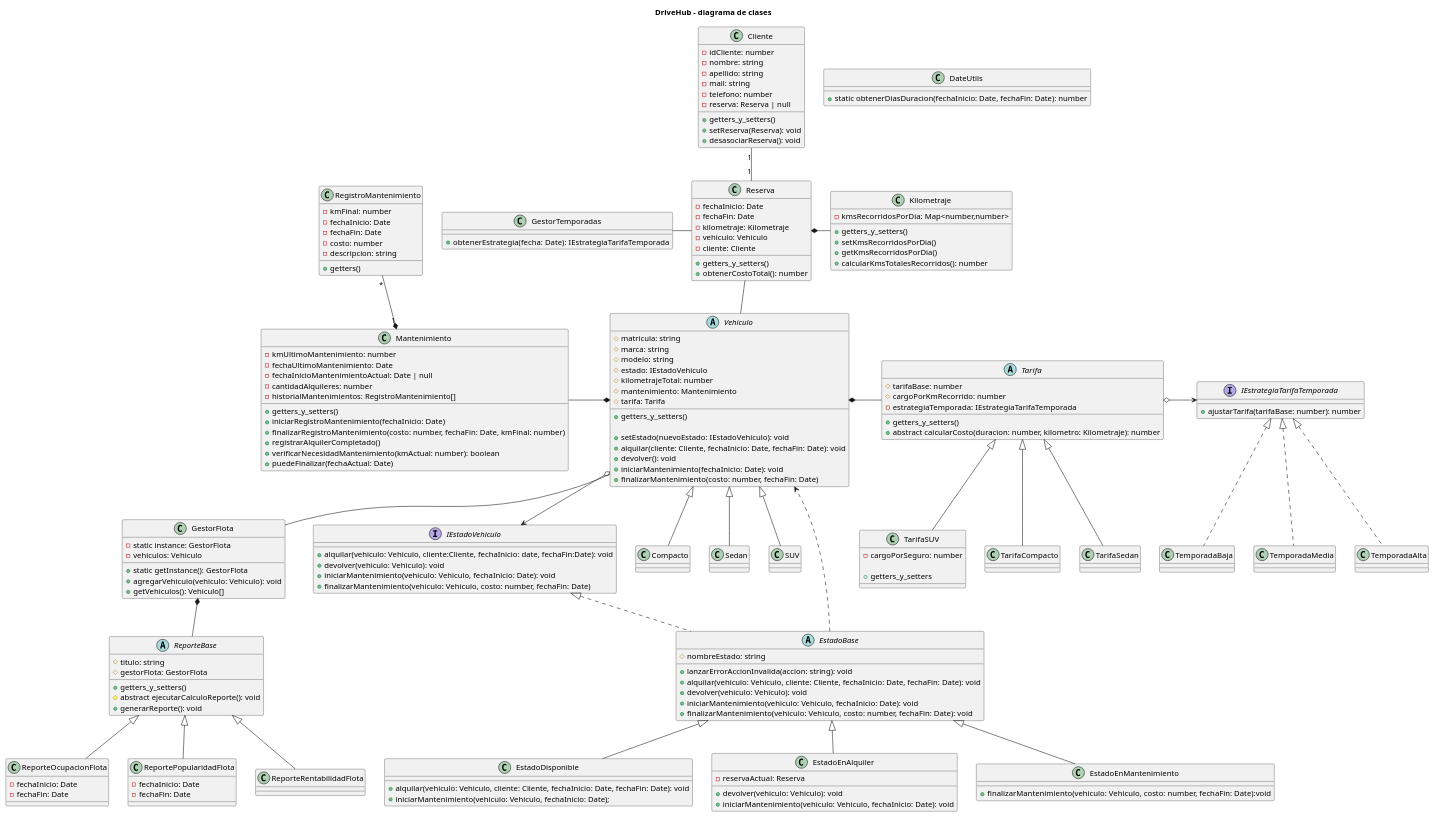
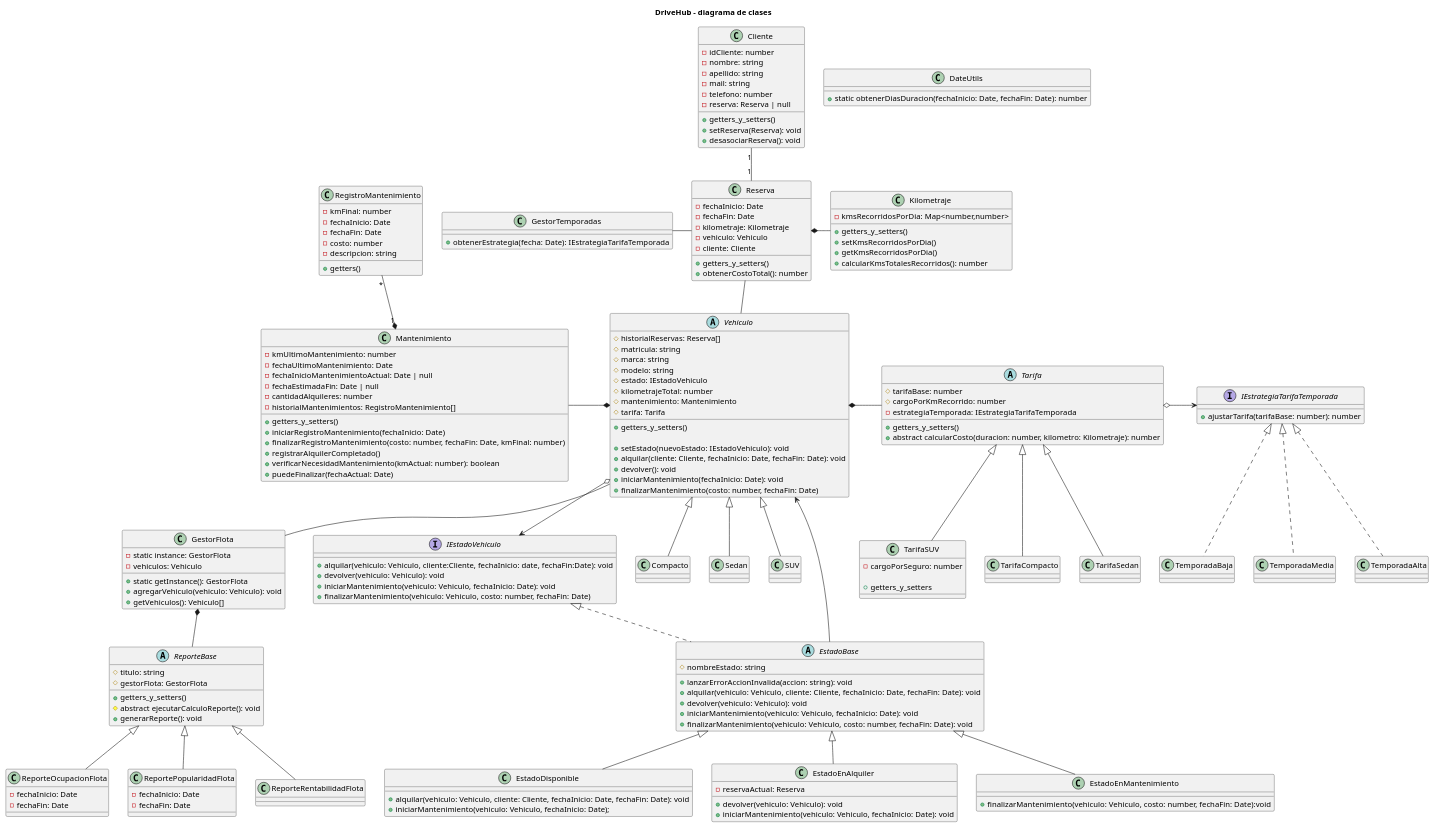
Before and after one commit to begueagustinhernan/tp-prog2-pruebas: the diagram in diagramas/clases/clases.puml, drawn with PlantUML.

Commit message:
fix diagrama clases

```diff
--- a/diagramas/clases/clases.puml
+++ b/diagramas/clases/clases.puml
@@ -1,195 +1,197 @@
 @startuml DriveHub
 
 title DriveHub - diagrama de clases
 
 abstract class Vehiculo {
+    # historialReservas: Reserva[]
     # matricula: string
     # marca: string
     # modelo: string
     # estado: IEstadoVehiculo
     # kilometrajeTotal: number
     # mantenimiento: Mantenimiento
     # tarifa: Tarifa
 
     + getters_y_setters()
 
     + setEstado(nuevoEstado: IEstadoVehiculo): void
     + alquilar(cliente: Cliente, fechaInicio: Date, fechaFin: Date): void
     + devolver(): void
     + iniciarMantenimiento(fechaInicio: Date): void
     + finalizarMantenimiento(costo: number, fechaFin: Date)
 }
 
 abstract class Tarifa{
     # tarifaBase: number
     # cargoPorKmRecorrido: number
     - estrategiaTemporada: IEstrategiaTarifaTemporada
     + getters_y_setters()
     + abstract calcularCosto(duracion: number, kilometro: Kilometraje): number
 }
 
 class TarifaSUV extends Tarifa {
     - cargoPorSeguro: number
 
     + getters_y_setters
 }
 
 interface IEstrategiaTarifaTemporada {
     + ajustarTarifa(tarifaBase: number): number
 }
 
 class Cliente {
     - idCliente: number
     - nombre: string
     - apellido: string
     - mail: string
     - telefono: number
     - reserva: Reserva | null
     + getters_y_setters()
     + setReserva(Reserva): void
     + desasociarReserva(): void
 }
 
 class Kilometraje{
     -kmsRecorridosPorDia: Map<number,number>
 
     + getters_y_setters()
     + setKmsRecorridosPorDia()
     + getKmsRecorridosPorDia()
     + calcularKmsTotalesRecorridos(): number
 }
 
 class Mantenimiento {
     - kmUltimoMantenimiento: number
     - fechaUltimoMantenimiento: Date
     - fechaInicioMantenimientoActual: Date | null
+    - fechaEstimadaFin: Date | null
     - cantidadAlquileres: number
     - historialMantenimientos: RegistroMantenimiento[]
 
     + getters_y_setters()
     + iniciarRegistroMantenimiento(fechaInicio: Date)
     + finalizarRegistroMantenimiento(costo: number, fechaFin: Date, kmFinal: number)
     + registrarAlquilerCompletado()
     + verificarNecesidadMantenimiento(kmActual: number): boolean
     + puedeFinalizar(fechaActual: Date)
 }
 
 class RegistroMantenimiento {
     - kmFinal: number
     - fechaInicio: Date
     - fechaFin: Date
     - costo: number
     - descripcion: string
 
     + getters()
 }
 
 class Reserva{
     - fechaInicio: Date
     - fechaFin: Date
     - kilometraje: Kilometraje
     - vehiculo: Vehiculo
     - cliente: Cliente
     + getters_y_setters()
     + obtenerCostoTotal(): number
 }
 
 abstract class ReporteBase {
     # titulo: string
     # gestorFlota: GestorFlota
     + getters_y_setters()
     # abstract ejecutarCalculoReporte(): void
     + generarReporte(): void
 }
 
 class ReporteOcupacionFlota extends ReporteBase{
     - fechaInicio: Date
     - fechaFin: Date
 }
 
 class ReportePopularidadFlota extends ReporteBase{
     - fechaInicio: Date
     - fechaFin: Date
 }
 
 class GestorFlota {
     - static instance: GestorFlota
     - vehiculos: Vehiculo
     + static getInstance(): GestorFlota
     + agregarVehiculo(vehiculo: Vehiculo): void
     + getVehiculos(): Vehiculo[]
 }
 
 class GestorTemporadas {
     + obtenerEstrategia(fecha: Date): IEstrategiaTarifaTemporada
 }
 
 class DateUtils {
     + static obtenerDiasDuracion(fechaInicio: Date, fechaFin: Date): number
 }
 
 
 interface IEstadoVehiculo {
     + alquilar(vehiculo: Vehiculo, cliente:Cliente, fechaInicio: date, fechaFin:Date): void
     + devolver(vehiculo: Vehiculo): void
     + iniciarMantenimiento(vehiculo: Vehiculo, fechaInicio: Date): void
     + finalizarMantenimiento(vehiculo: Vehiculo, costo: number, fechaFin: Date)
 }
 
 abstract class EstadoBase implements IEstadoVehiculo {
     # nombreEstado: string
     + lanzarErrorAccionInvalida(accion: string): void
     + alquilar(vehiculo: Vehiculo, cliente: Cliente, fechaInicio: Date, fechaFin: Date): void
     + devolver(vehiculo: Vehiculo): void
     + iniciarMantenimiento(vehiculo: Vehiculo, fechaInicio: Date): void
     + finalizarMantenimiento(vehiculo: Vehiculo, costo: number, fechaFin: Date): void
 }
 
 class EstadoDisponible extends EstadoBase  {
     + alquilar(vehiculo: Vehiculo, cliente: Cliente, fechaInicio: Date, fechaFin: Date): void
     + iniciarMantenimiento(vehiculo: Vehiculo, fechaInicio: Date);
 }
 
 class EstadoEnAlquiler extends EstadoBase  {
     - reservaActual: Reserva
     + devolver(vehiculo: Vehiculo): void
     + iniciarMantenimiento(vehiculo: Vehiculo, fechaInicio: Date): void
 }
 
 class EstadoEnMantenimiento extends EstadoBase  {
     + finalizarMantenimiento(vehiculo: Vehiculo, costo: number, fechaFin: Date):void
 }
 
 
 ' Relaciones
 
 Vehiculo <|-d- Compacto
 Vehiculo <|-d- Sedan
 Vehiculo <|-d- SUV
 
 Tarifa <|-d- TarifaCompacto
 Tarifa <|-d- TarifaSedan
 Tarifa o-r-> IEstrategiaTarifaTemporada
 
 Vehiculo *-r- Tarifa
 Vehiculo -- GestorFlota
 Vehiculo *-l- Mantenimiento
 Vehiculo o--> IEstadoVehiculo
 
 Reserva -- Vehiculo
 Reserva *-r- Kilometraje
 Reserva -l- GestorTemporadas
 
 Cliente "1" -- "1" Reserva
-EstadoBase ..> Vehiculo
+EstadoBase --> Vehiculo
 Mantenimiento "1" *-u- "*" RegistroMantenimiento
 
 IEstrategiaTarifaTemporada <|.. TemporadaBaja
 IEstrategiaTarifaTemporada <|.. TemporadaMedia
 IEstrategiaTarifaTemporada <|.. TemporadaAlta
 
 GestorFlota *-- ReporteBase
 
 ReporteBase <|-- ReporteRentabilidadFlota
 
 @enduml
```
